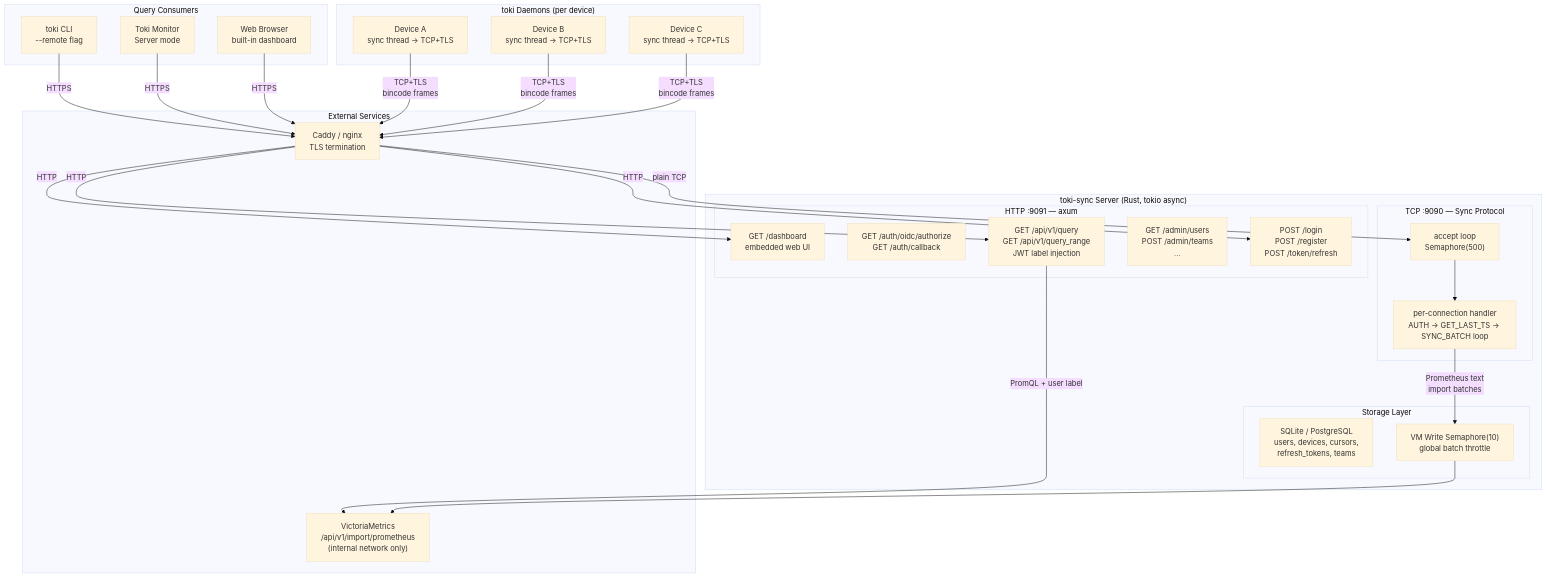
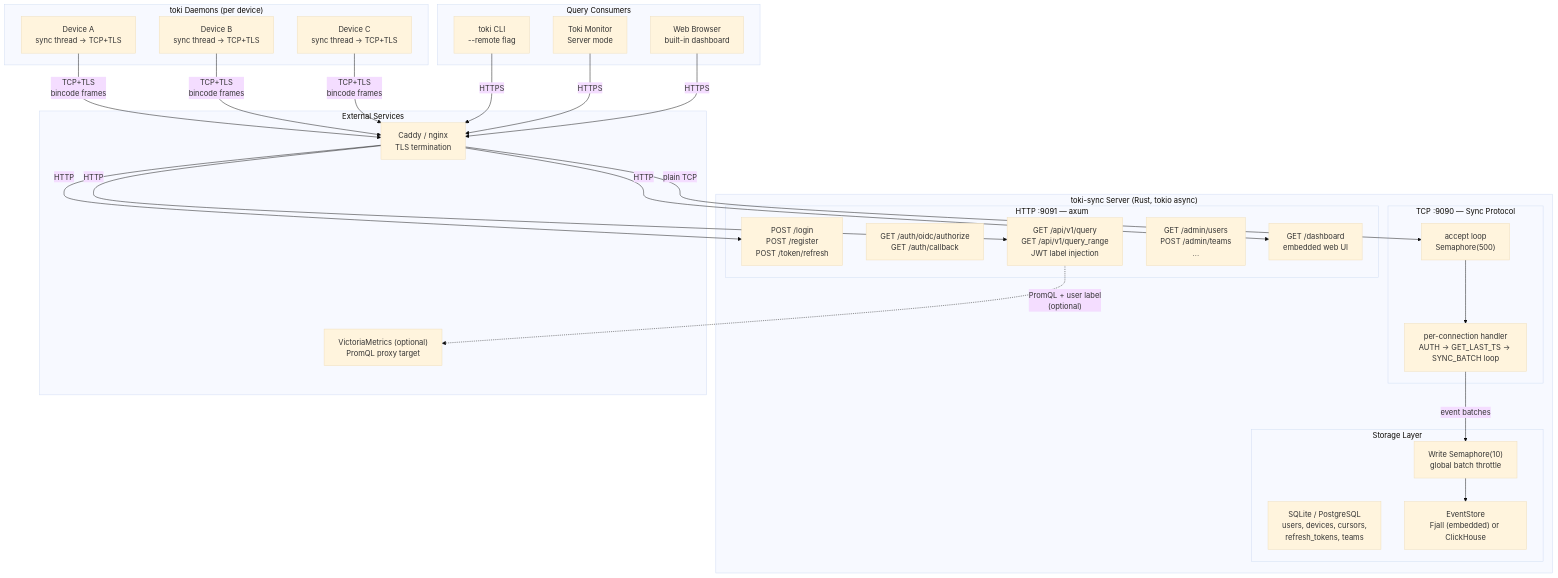
One commit to korjwl1/toki-sync changed the first of 3 diagrams in docs/DESIGN.md. Above: the diagram before and after it, drawn with Mermaid (base theme). The commit also changed other lines of this file and 20 other files, not shown here.

First line of the commit message:
docs: update all documentation for EventStore architecture

````diff
--- a/docs/DESIGN.md
+++ b/docs/DESIGN.md
@@ -13,49 +13,50 @@
 ```mermaid
 graph TD
     subgraph Clients["toki Daemons (per device)"]
         D1["Device A<br/>sync thread → TCP+TLS"]
         D2["Device B<br/>sync thread → TCP+TLS"]
         D3["Device C<br/>sync thread → TCP+TLS"]
     end
 
     subgraph Server["toki-sync Server (Rust, tokio async)"]
         subgraph TCP["TCP :9090 — Sync Protocol"]
             Accept["accept loop<br/>Semaphore(500)"]
             Handler["per-connection handler<br/>AUTH → GET_LAST_TS → SYNC_BATCH loop"]
         end
 
         subgraph HTTP["HTTP :9091 — axum"]
             Auth["POST /login<br/>POST /register<br/>POST /token/refresh"]
             OIDC["GET /auth/oidc/authorize<br/>GET /auth/callback"]
             Proxy["GET /api/v1/query<br/>GET /api/v1/query_range<br/>JWT label injection"]
             Admin["GET /admin/users<br/>POST /admin/teams<br/>..."]
             Dashboard["GET /dashboard<br/>embedded web UI"]
         end
 
         subgraph Storage["Storage Layer"]
             DB["SQLite / PostgreSQL<br/>users, devices, cursors,<br/>refresh_tokens, teams"]
-            WriteSem["VM Write Semaphore(10)<br/>global batch throttle"]
+            ES["EventStore<br/>Fjall (embedded) or ClickHouse"]
+            WriteSem["Write Semaphore(10)<br/>global batch throttle"]
         end
     end
 
     subgraph External["External Services"]
-        VM["VictoriaMetrics<br/>/api/v1/import/prometheus<br/>(internal network only)"]
         Caddy["Caddy / nginx<br/>TLS termination"]
+        VM["VictoriaMetrics (optional)<br/>PromQL proxy target"]
     end
 
     subgraph Consumers["Query Consumers"]
         CLI["toki CLI<br/>--remote flag"]
         Monitor["Toki Monitor<br/>Server mode"]
         Web["Web Browser<br/>built-in dashboard"]
     end
 
     D1 & D2 & D3 -->|"TCP+TLS<br/>bincode frames"| Caddy
     Caddy -->|"plain TCP"| Accept
     Accept --> Handler
-    Handler -->|"Prometheus text<br/>import batches"| WriteSem
-    WriteSem --> VM
+    Handler -->|"event batches"| WriteSem
+    WriteSem --> ES
 
     CLI & Monitor & Web -->|"HTTPS"| Caddy
     Caddy -->|"HTTP"| Auth & Proxy & Dashboard
-    Proxy -->|"PromQL + user label"| VM
+    Proxy -.->|"PromQL + user label<br/>(optional)"| VM
 ```
````
